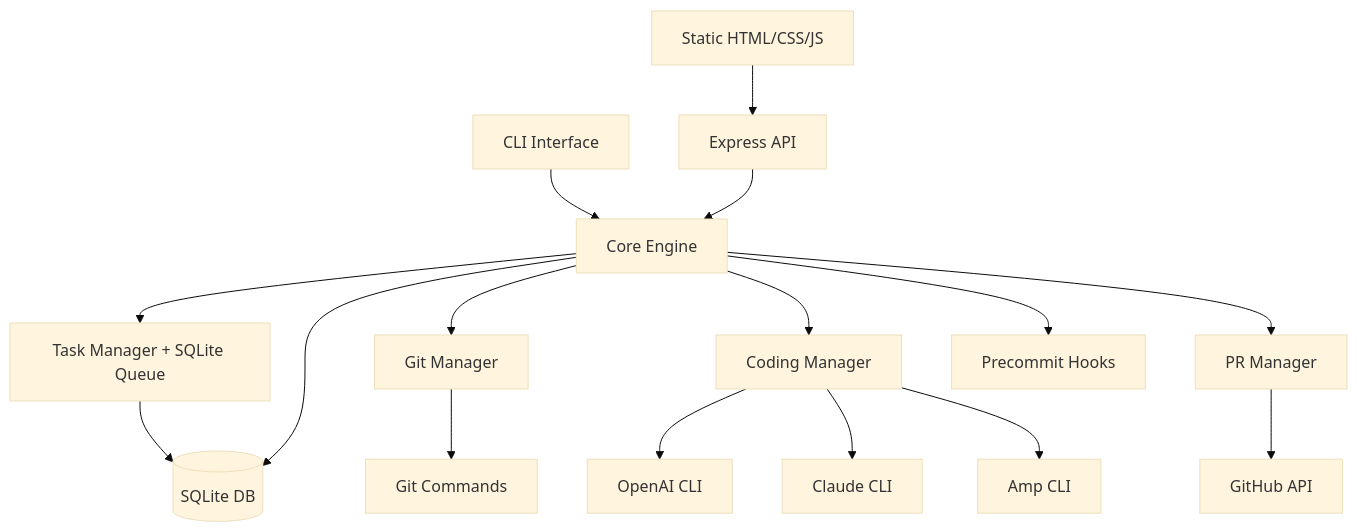
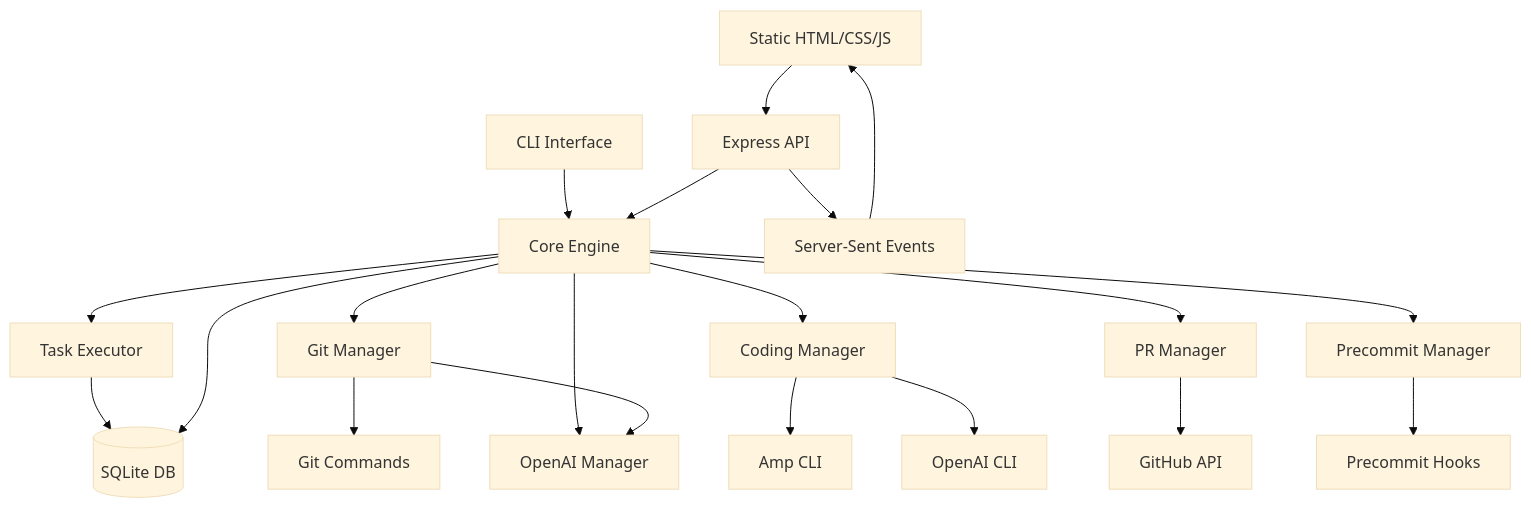
Before and after one commit to Haizzz/duckling: the first of 3 diagrams in spec.md, drawn with Mermaid (base theme). The commit also changed other lines of this file and 4 other files, not shown here.

````diff
--- a/spec.md
+++ b/spec.md
@@ -10,22 +10,27 @@
 ```mermaid
 graph TB
     CLI[CLI Interface] --> Core[Core Engine]
     Web[Static HTML/CSS/JS] --> API[Express API]
     API --> Core
     
-    Core --> TM[Task Manager + SQLite Queue]
+    Core --> TE[Task Executor]
     Core --> GM[Git Manager] 
     Core --> CM[Coding Manager]
     Core --> PRM[PR Manager]
+    Core --> PM[Precommit Manager]
+    Core --> OAI[OpenAI Manager]
     
-    TM --> DB[(SQLite DB)]
+    TE --> DB[(SQLite DB)]
     Core --> DB
     
-    CM --> OAI[OpenAI CLI]
-    CM --> Claude[Claude CLI] 
-    CM --> Amp[Amp CLI]
+    CM --> AmpCLI[Amp CLI]
+    CM --> OpenAICLI[OpenAI CLI]
     
     GM --> Git[Git Commands]
+    GM --> OAI[OpenAI Manager]
     PRM --> GitHub[GitHub API]
-    Core --> PrecommitHooks[Precommit Hooks]
+    PM --> PrecommitHooks[Precommit Hooks]
+    
+    API --> SSE[Server-Sent Events]
+    SSE --> Web
 ```
````
